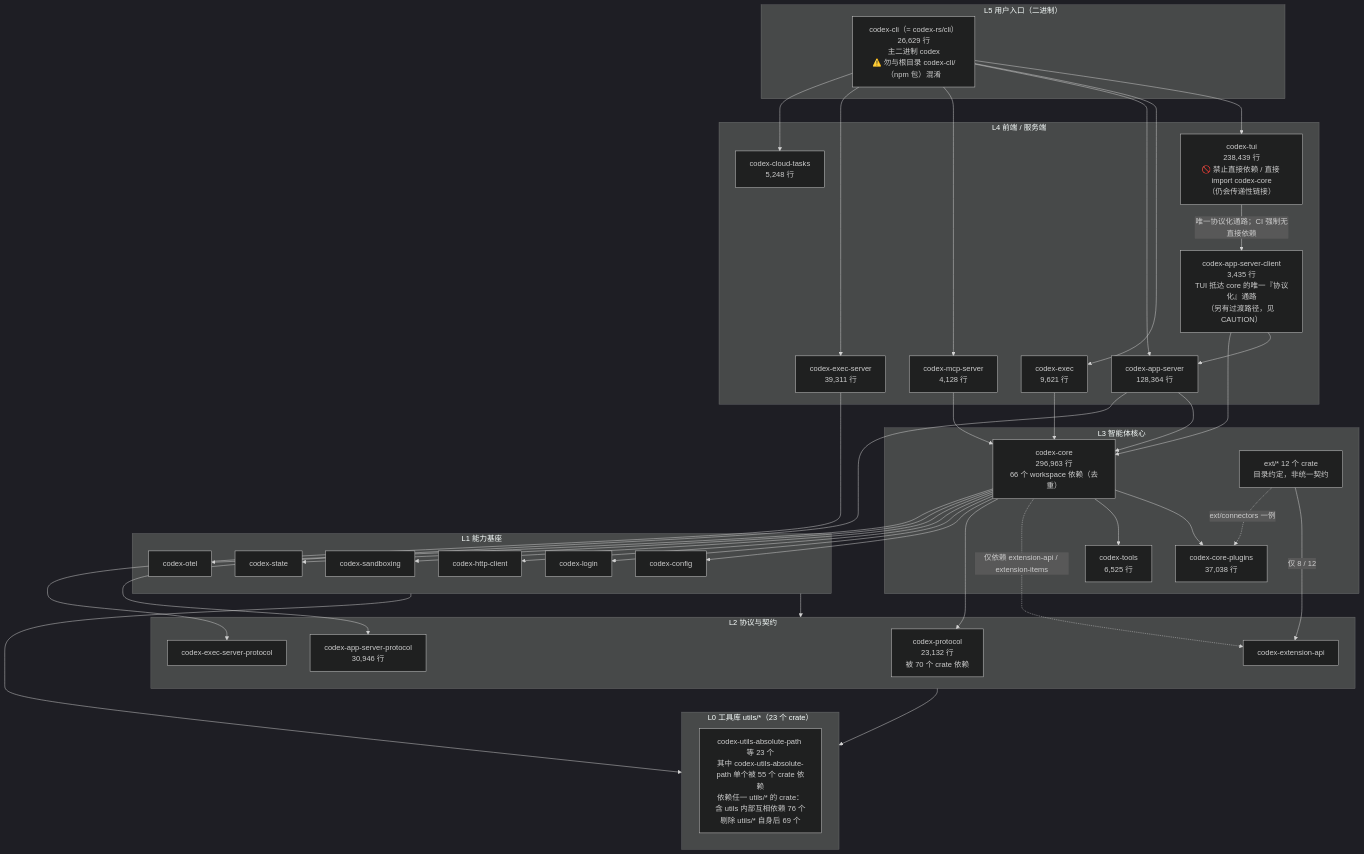
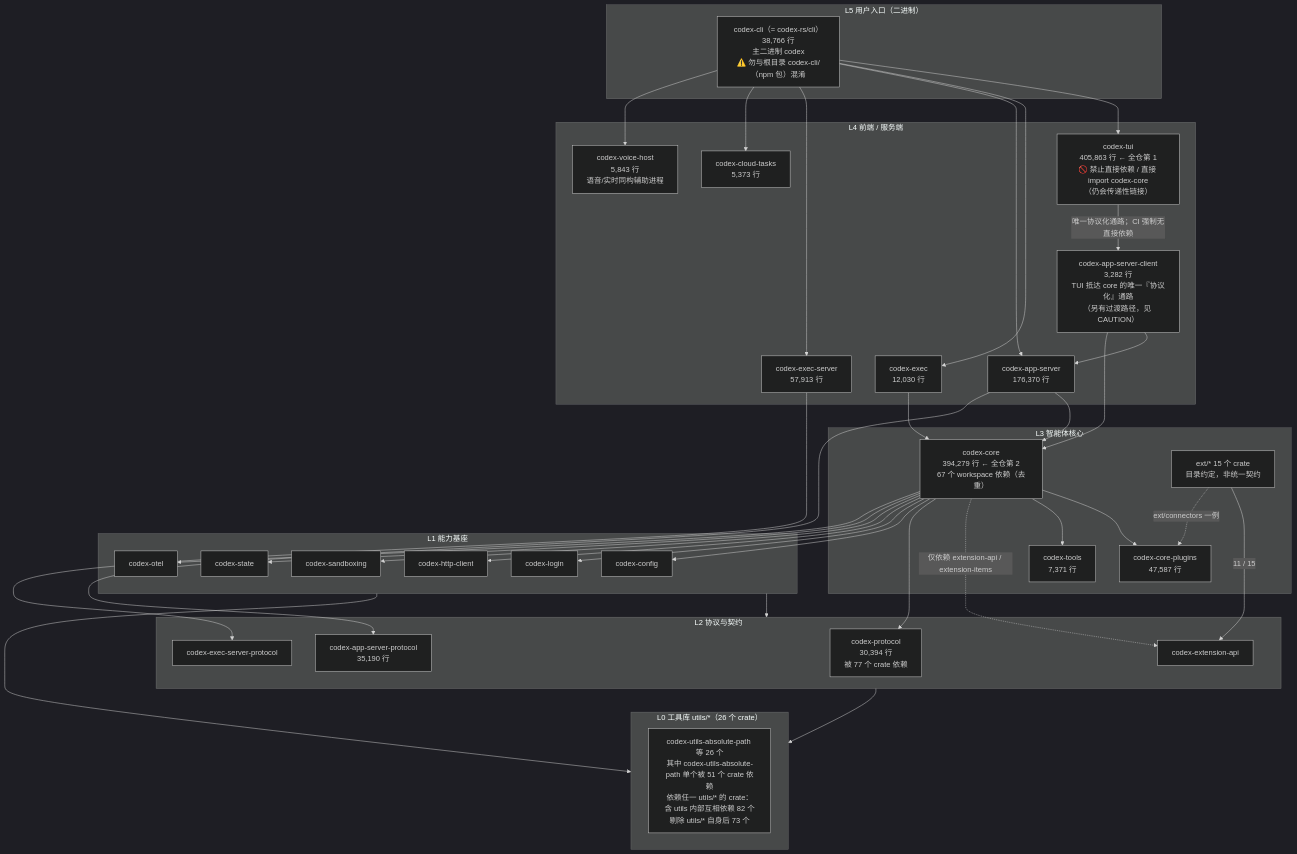
The diagram in dev_docs/crate_map.md (zibuyu2015831/codex), drawn with Mermaid (dark theme) before and after one commit. The commit also changed other lines of this file and 2 other files, not shown here.

First line of the commit message:
docs(dev_docs): 第 6 轮批次 1 — crate_map 与 architecture_overview 全量重核

````diff
--- a/dev_docs/crate_map.md
+++ b/dev_docs/crate_map.md
@@ -91,58 +96,58 @@
 ```mermaid
 graph TD
     subgraph L5["L5 用户入口（二进制）"]
-        CLI["codex-cli（= codex-rs/cli）<br/>26,629 行<br/>主二进制 codex<br/>⚠️ 勿与根目录 codex-cli/（npm 包）混淆"]
+        CLI["codex-cli（= codex-rs/cli）<br/>38,766 行<br/>主二进制 codex<br/>⚠️ 勿与根目录 codex-cli/（npm 包）混淆"]
     end
 
     subgraph L4["L4 前端 / 服务端"]
-        TUI["codex-tui<br/>238,439 行<br/>🚫 禁止直接依赖 / 直接 import codex-core<br/>（仍会传递性链接）"]
-        ASCLIENT["codex-app-server-client<br/>3,435 行<br/>TUI 抵达 core 的唯一『协议化』通路<br/>（另有过渡路径，见 CAUTION）"]
-        EXEC["codex-exec<br/>9,621 行"]
-        APPSRV["codex-app-server<br/>128,364 行"]
-        MCPSRV["codex-mcp-server<br/>4,128 行"]
-        EXECSRV["codex-exec-server<br/>39,311 行"]
-        CLOUD["codex-cloud-tasks<br/>5,248 行"]
+        TUI["codex-tui<br/>405,863 行 ← 全仓第 1<br/>🚫 禁止直接依赖 / 直接 import codex-core<br/>（仍会传递性链接）"]
+        ASCLIENT["codex-app-server-client<br/>3,282 行<br/>TUI 抵达 core 的唯一『协议化』通路<br/>（另有过渡路径，见 CAUTION）"]
+        EXEC["codex-exec<br/>12,030 行"]
+        APPSRV["codex-app-server<br/>176,370 行"]
+        EXECSRV["codex-exec-server<br/>57,913 行"]
+        CLOUD["codex-cloud-tasks<br/>5,373 行"]
+        VOICE["codex-voice-host<br/>5,843 行<br/>语音/实时同构辅助进程"]
     end
 
     subgraph L3["L3 智能体核心"]
-        CORE["codex-core<br/>296,963 行<br/>66 个 workspace 依赖（去重）"]
-        PLUGINS["codex-core-plugins<br/>37,038 行"]
-        TOOLS["codex-tools<br/>6,525 行"]
-        EXT["ext/* 12 个 crate<br/>目录约定，非统一契约"]
+        CORE["codex-core<br/>394,279 行 ← 全仓第 2<br/>67 个 workspace 依赖（去重）"]
+        PLUGINS["codex-core-plugins<br/>47,587 行"]
+        TOOLS["codex-tools<br/>7,371 行"]
+        EXT["ext/* 15 个 crate<br/>目录约定，非统一契约"]
     end
 
     subgraph L2["L2 协议与契约"]
-        PROTO["codex-protocol<br/>23,132 行<br/>被 70 个 crate 依赖"]
-        ASPROTO["codex-app-server-protocol<br/>30,946 行"]
+        PROTO["codex-protocol<br/>30,394 行<br/>被 77 个 crate 依赖"]
+        ASPROTO["codex-app-server-protocol<br/>35,190 行"]
         ESPROTO["codex-exec-server-protocol"]
         EXTAPI["codex-extension-api"]
     end
 
     subgraph L1["L1 能力基座"]
         CONFIG["codex-config"]
         LOGIN["codex-login"]
         HTTP["codex-http-client"]
         SANDBOX["codex-sandboxing"]
         STATE["codex-state"]
         OTEL["codex-otel"]
     end
 
-    subgraph L0["L0 工具库 utils/*（23 个 crate）"]
-        UTILS["codex-utils-absolute-path 等 23 个<br/>其中 codex-utils-absolute-path 单个被 55 个 crate 依赖<br/>依赖任一 utils/* 的 crate：含 utils 内部互相依赖 76 个<br/>剔除 utils/* 自身后 69 个"]
+    subgraph L0["L0 工具库 utils/*（26 个 crate）"]
+        UTILS["codex-utils-absolute-path 等 26 个<br/>其中 codex-utils-absolute-path 单个被 51 个 crate 依赖<br/>依赖任一 utils/* 的 crate：含 utils 内部互相依赖 82 个<br/>剔除 utils/* 自身后 73 个"]
     end
 
-    CLI --> TUI & EXEC & APPSRV & MCPSRV & EXECSRV & CLOUD
+    CLI --> TUI & EXEC & APPSRV & EXECSRV & CLOUD & VOICE
     TUI -->|唯一协议化通路；CI 强制无直接依赖| ASCLIENT
     ASCLIENT --> APPSRV & CORE
-    EXEC & APPSRV & MCPSRV --> CORE
+    EXEC & APPSRV --> CORE
     CORE --> PLUGINS & TOOLS
     CORE -.仅依赖 extension-api / extension-items.-> EXTAPI
     CORE --> PROTO & CONFIG & LOGIN & HTTP & SANDBOX & STATE & OTEL
     APPSRV --> ASPROTO
     EXECSRV --> ESPROTO
-    EXT -->|仅 8 / 12| EXTAPI
+    EXT -->|11 / 15| EXTAPI
     EXT -.ext/connectors 一例.-> PLUGINS
     L1 --> L2
     L2 --> L0
     L1 --> L0
 ```
````
